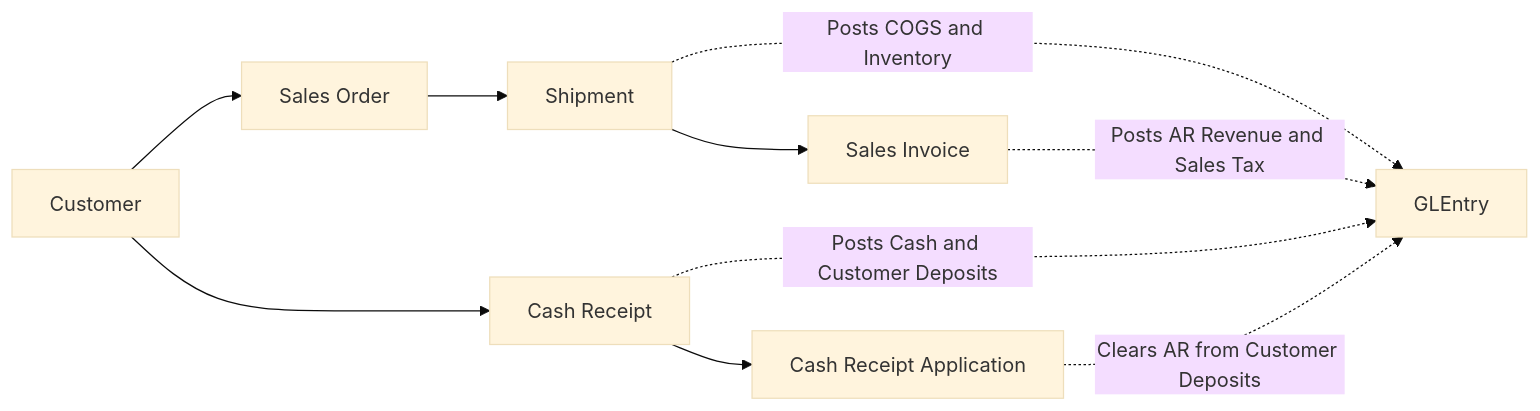
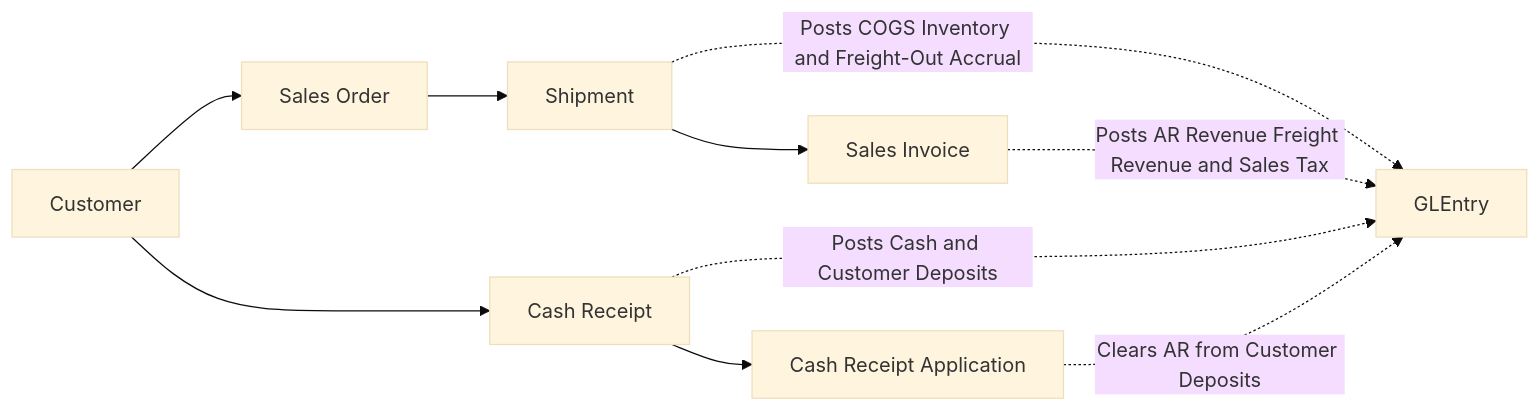
The first of 7 diagrams in docs/processes/o2c.md (mmcodesso/greenfield_database), drawn with Mermaid (base theme) before and after one commit. The commit also changed other lines of this file and 22 other files, not shown here.

````diff
--- a/docs/processes/o2c.md
+++ b/docs/processes/o2c.md
@@ -24,17 +24,17 @@
 ```mermaid
 flowchart LR
     C[Customer]
     SO[Sales Order]
     SH[Shipment]
     SI[Sales Invoice]
     CR[Cash Receipt]
     CRA[Cash Receipt Application]
     GL[GLEntry]
 
     C --> SO --> SH --> SI
     C --> CR --> CRA
-    SH -. Posts COGS and Inventory .-> GL
-    SI -. Posts AR Revenue and Sales Tax .-> GL
+    SH -. Posts COGS Inventory and Freight-Out Accrual .-> GL
+    SI -. Posts AR Revenue Freight Revenue and Sales Tax .-> GL
     CR -. Posts Cash and Customer Deposits .-> GL
     CRA -. Clears AR from Customer Deposits .-> GL
 ```
````
